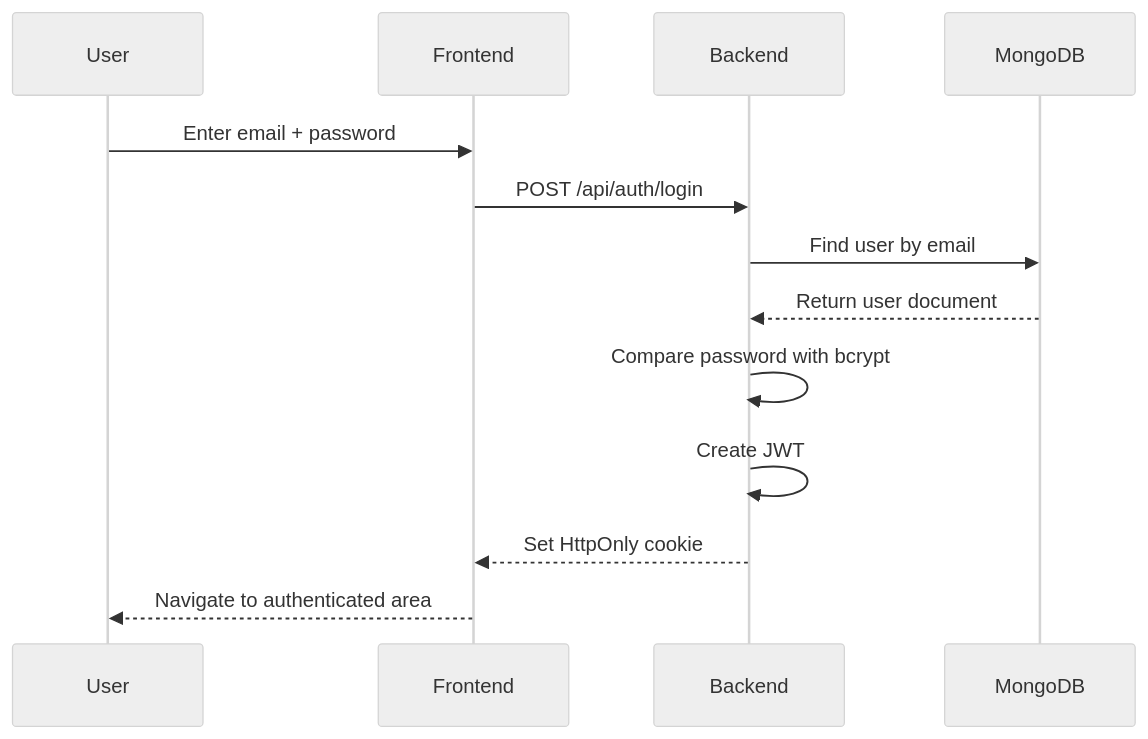
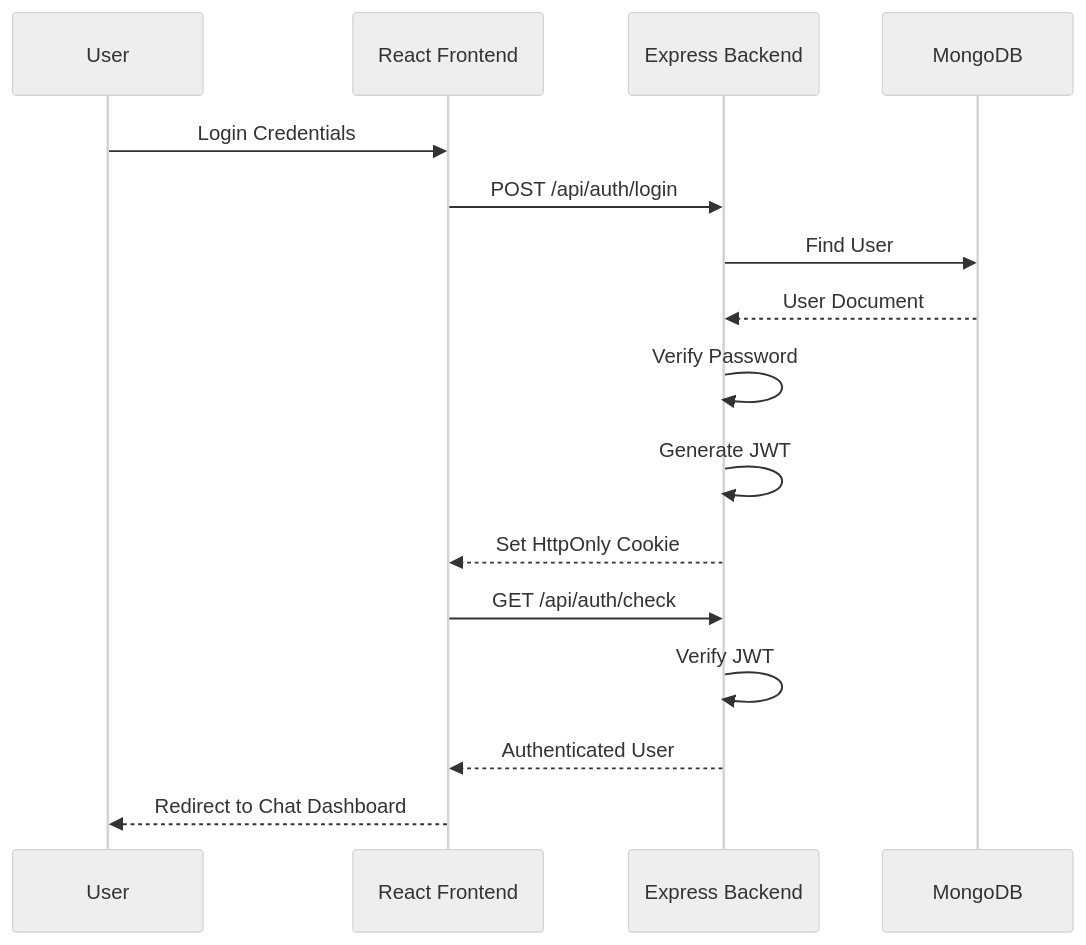
Before and after one commit to Saurav11343/click-chat: the first of 5 diagrams in README.md, drawn with Mermaid (neutral theme). The commit also changed other lines of this file, not shown here.

````diff
--- a/README.md
+++ b/README.md
@@ -171,16 +176,21 @@
 ```mermaid
 sequenceDiagram
-    participant User
-    participant Frontend
-    participant Backend
-    participant MongoDB
+    participant U as User
+    participant F as React Frontend
+    participant B as Express Backend
+    participant DB as MongoDB
 
-    User->>Frontend: Enter email + password
-    Frontend->>Backend: POST /api/auth/login
-    Backend->>MongoDB: Find user by email
-    MongoDB-->>Backend: Return user document
-    Backend->>Backend: Compare password with bcrypt
-    Backend->>Backend: Create JWT
-    Backend-->>Frontend: Set HttpOnly cookie
-    Frontend-->>User: Navigate to authenticated area
+    U->>F: Login Credentials
+    F->>B: POST /api/auth/login
+    B->>DB: Find User
+    DB-->>B: User Document
+    B->>B: Verify Password
+    B->>B: Generate JWT
+    B-->>F: Set HttpOnly Cookie
+
+    F->>B: GET /api/auth/check
+    B->>B: Verify JWT
+    B-->>F: Authenticated User
+
+    F-->>U: Redirect to Chat Dashboard
 ```
````
